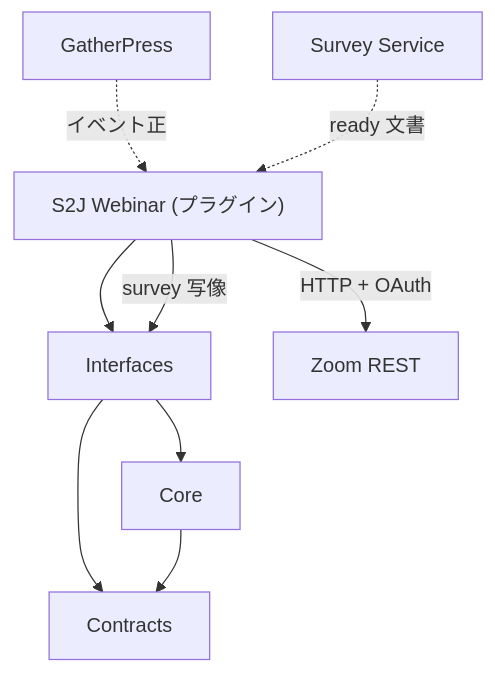
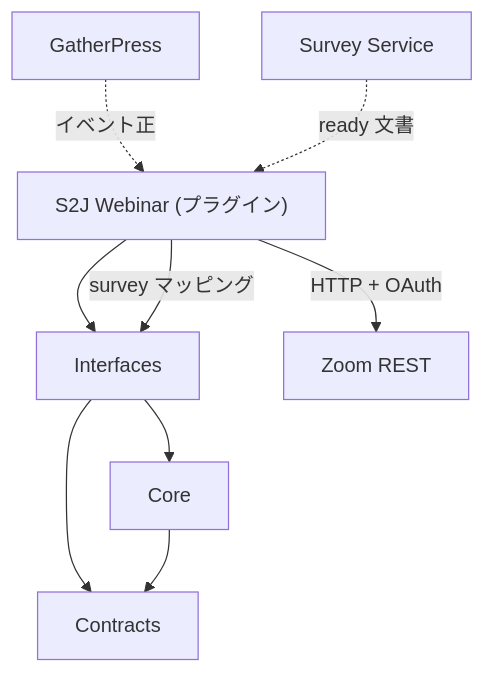
One commit to stein2nd/s2j-webinar-service changed the diagram in docs/architecture.md. Above: the diagram before and after it, drawn with Mermaid. The commit also changed other lines of this file and 25 other files, not shown here.

````diff
--- a/docs/architecture.md
+++ b/docs/architecture.md
@@ -26,11 +26,11 @@
 ```mermaid
 flowchart TD
   P["S2J Webinar (プラグイン)"] --> I["Interfaces"]
   I --> C["Core"]
   I --> D["Contracts"]
   C --> D
   P -->|"HTTP + OAuth"| Z["Zoom REST"]
   G["GatherPress"] -.->|"イベント正"| P
   S["Survey Service"] -.->|"ready 文書"| P
-  P -->|"survey 写像"| I
+  P -->|"survey マッピング"| I
 ```
````
